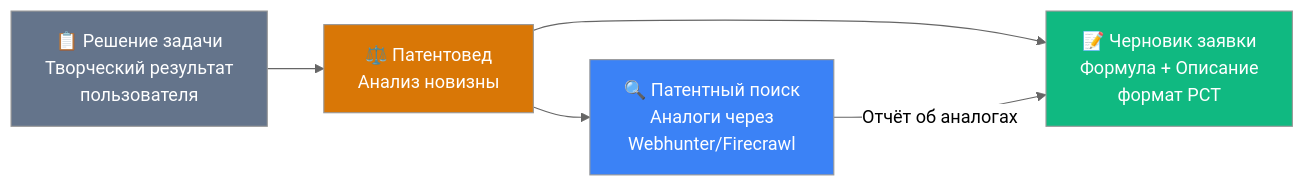
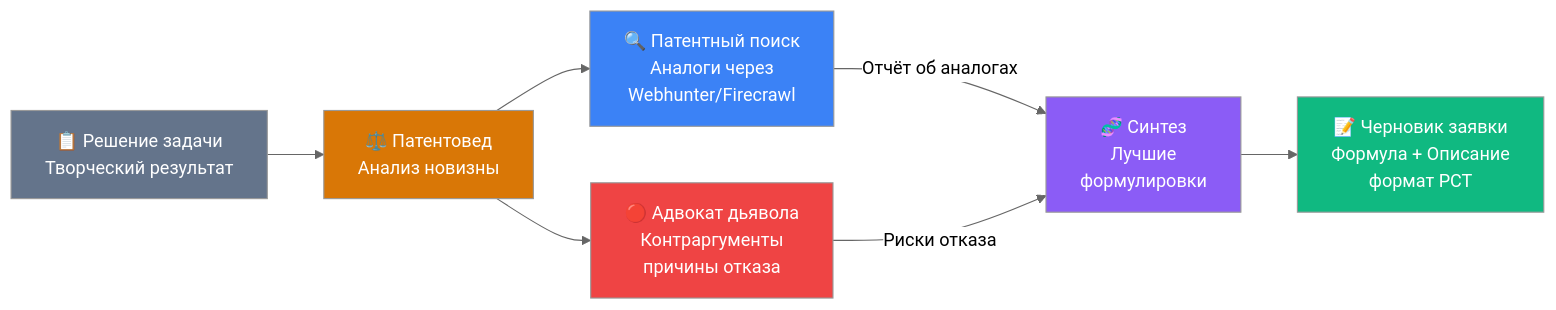
One commit to alexkuz60/ai-hydra changed the eighth of 8 diagrams in PAPER_RU.md. Above: the diagram before and after it, drawn with Mermaid (neutral theme). The commit also changed other lines of this file and 4 other files, not shown here.

````diff
--- a/PAPER_RU.md
+++ b/PAPER_RU.md
@@ -623,17 +622,23 @@
 ```mermaid
 graph LR
-    T["📋 Решение задачи<br/>Творческий результат<br/>пользователя"]
+    T["📋 Решение задачи<br/>Творческий результат"]
     PA["⚖️ Патентовед<br/>Анализ новизны"]
     S["🔍 Патентный поиск<br/>Аналоги через<br/>Webhunter/Firecrawl"]
+    DA["🔴 Адвокат дьявола<br/>Контраргументы<br/>причины отказа"]
+    SY["🧬 Синтез<br/>Лучшие<br/>формулировки"]
     D["📝 Черновик заявки<br/>Формула + Описание<br/>формат PCT"]
     
     T --> PA
     PA --> S
-    PA --> D
-    S -->|"Отчёт об аналогах"| D
+    PA --> DA
+    S -->|"Отчёт об аналогах"| SY
+    DA -->|"Риски отказа"| SY
+    SY --> D
     
     style T fill:#64748b,color:#fff
     style PA fill:#d97706,color:#fff
     style S fill:#3b82f6,color:#fff
+    style DA fill:#ef4444,color:#fff
+    style SY fill:#8b5cf6,color:#fff
     style D fill:#10b981,color:#fff
 ```
````
